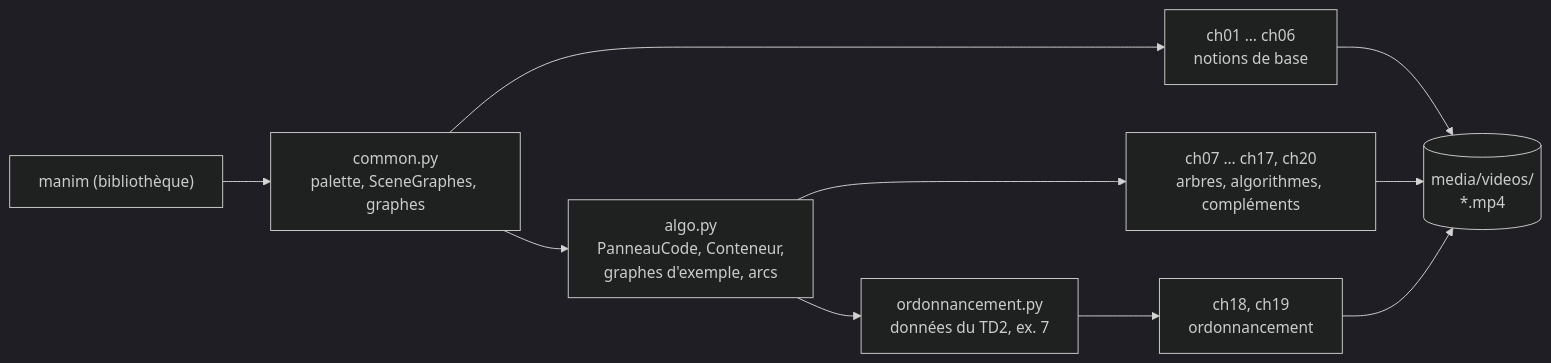
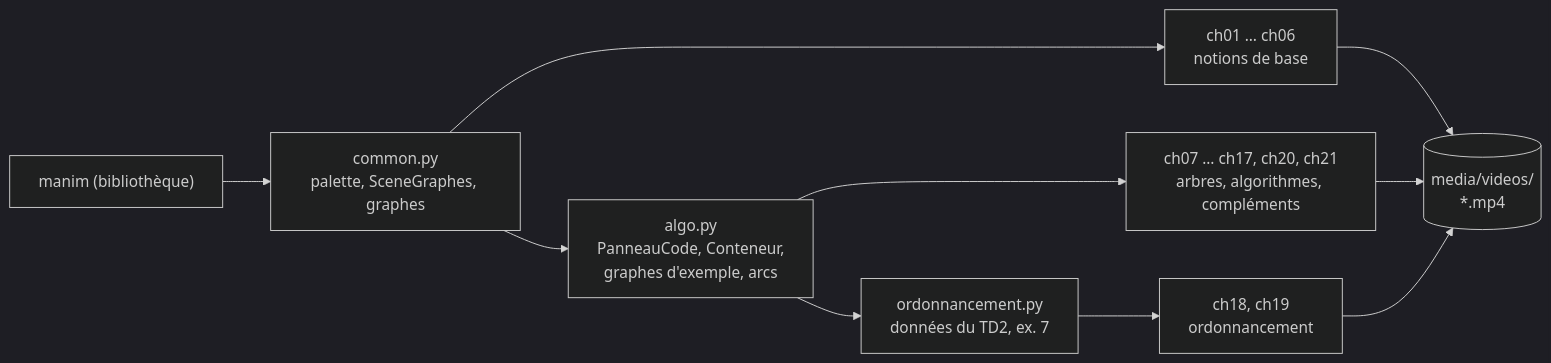
Before and after one commit to sikoso774/revisions-maths: the first of 2 diagrams in ARCHITECTURE.md, drawn with Mermaid (dark theme). The commit also changed other lines of this file and 3 other files, not shown here.

````diff
--- a/ARCHITECTURE.md
+++ b/ARCHITECTURE.md
@@ -9,12 +9,12 @@
 ```mermaid
 flowchart LR
     manim["manim (bibliothèque)"] --> common
     common["common.py<br/>palette, SceneGraphes, graphes"] --> c16["ch01 … ch06<br/>notions de base"]
     common --> algo
-    algo["algo.py<br/>PanneauCode, Conteneur,<br/>graphes d'exemple, arcs"] --> c714["ch07 … ch17, ch20<br/>arbres, algorithmes, compléments"]
+    algo["algo.py<br/>PanneauCode, Conteneur,<br/>graphes d'exemple, arcs"] --> c714["ch07 … ch17, ch20, ch21<br/>arbres, algorithmes, compléments"]
     algo --> ordo["ordonnancement.py<br/>données du TD2, ex. 7"]
     ordo --> c1819["ch18, ch19<br/>ordonnancement"]
     c16 --> media[("media/videos/<br/>*.mp4")]
     c714 --> media
     c1819 --> media
 ```
````
